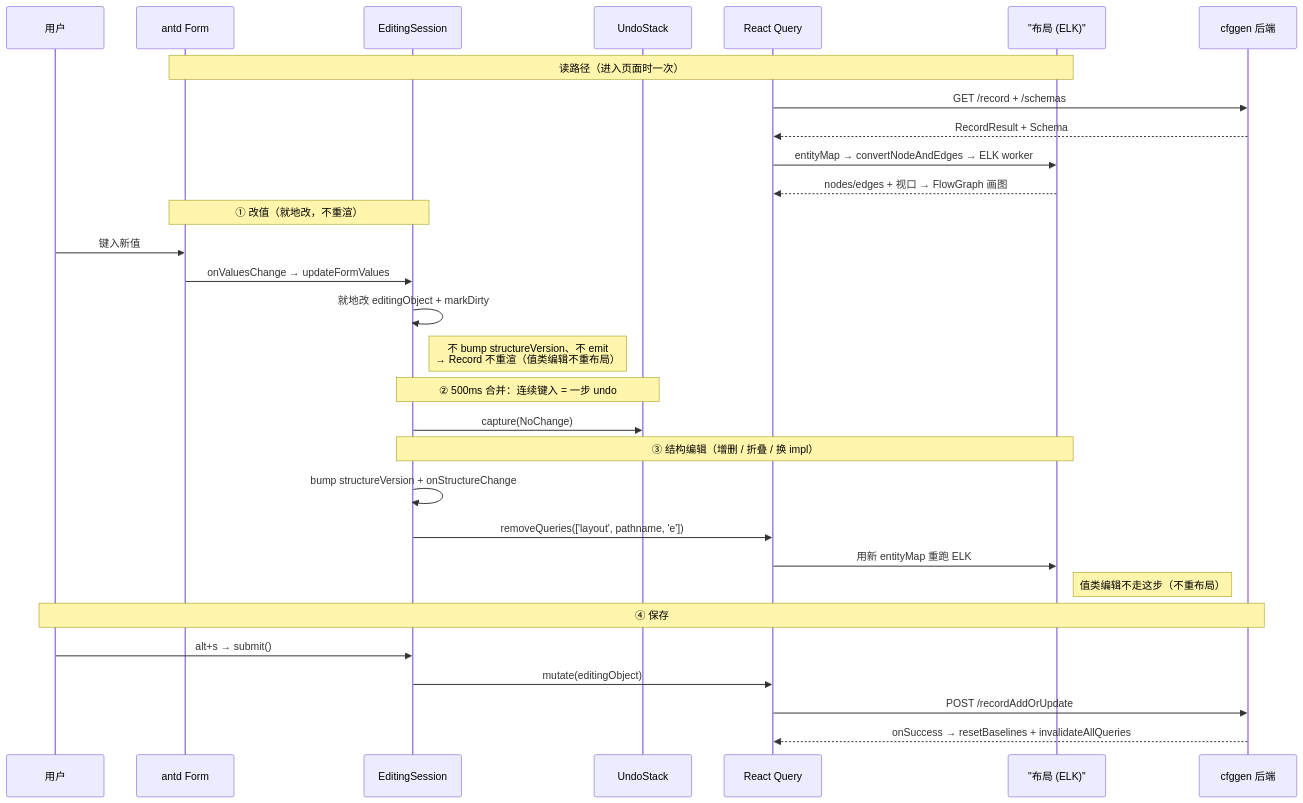
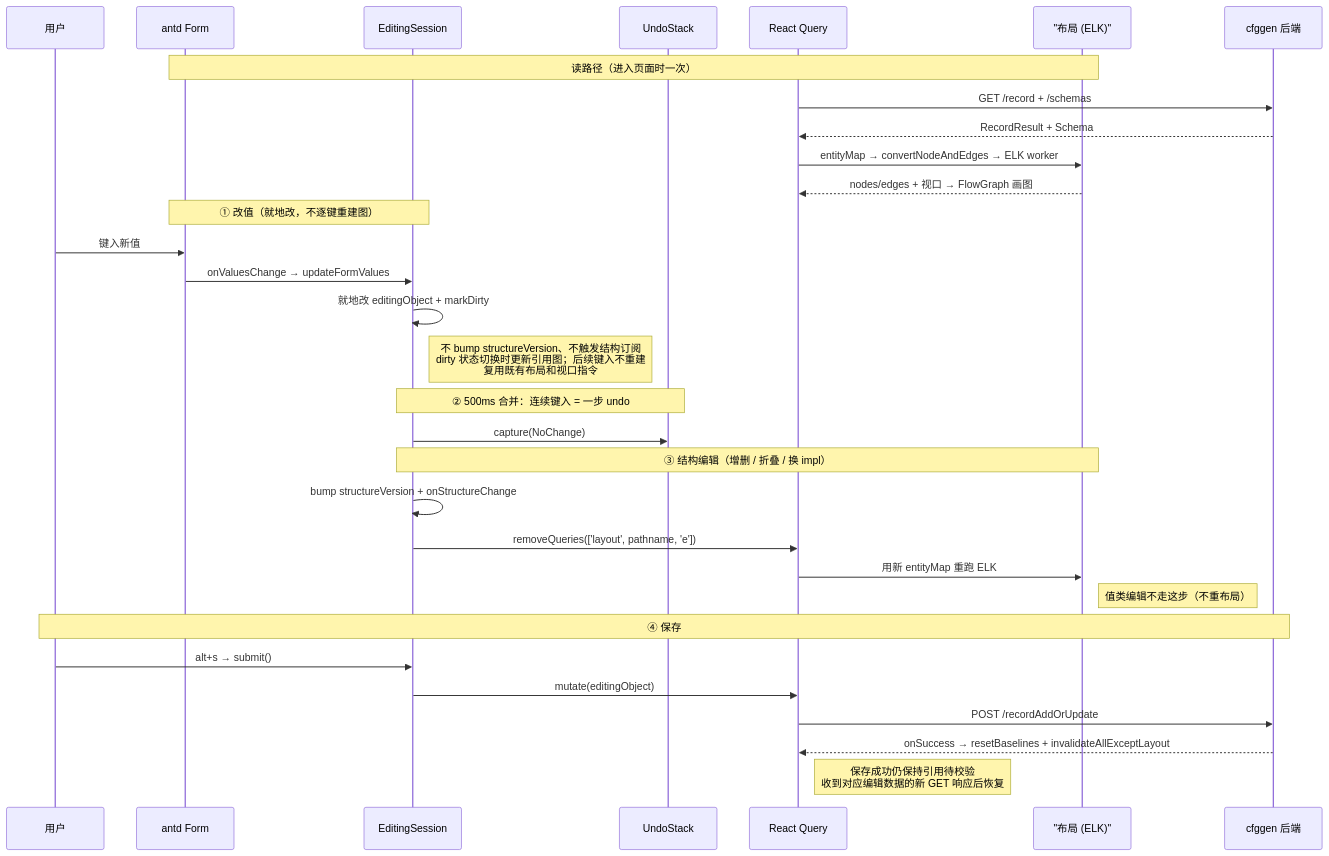
The diagram in cfgeditor/docs/README.md (stallboy/cfggen), drawn with Mermaid before and after one commit. The commit also changed 41 other files, not shown here.

````diff
--- a/cfgeditor/docs/README.md
+++ b/cfgeditor/docs/README.md
@@ -60,37 +60,38 @@
 ```mermaid
 sequenceDiagram
     participant U as 用户
     participant F as antd Form
     participant S as EditingSession
     participant UN as UndoStack
     participant Q as React Query
     participant L as "布局 (ELK)"
     participant B as cfggen 后端
 
     Note over F,L: 读路径（进入页面时一次）
     Q->>B: GET /record + /schemas
     B-->>Q: RecordResult + Schema
     Q->>L: entityMap → convertNodeAndEdges → ELK worker
     L-->>Q: nodes/edges + 视口 → FlowGraph 画图
 
-    Note over F,S: ① 改值（就地改，不重渲）
+    Note over F,S: ① 改值（就地改，不逐键重建图）
     U->>F: 键入新值
     F->>S: onValuesChange → updateFormValues
     S->>S: 就地改 editingObject + markDirty
-    Note right of S: 不 bump structureVersion、不 emit<br/>→ Record 不重渲（值类编辑不重布局）
+    Note right of S: 不 bump structureVersion、不触发结构订阅<br/>dirty 状态切换时更新引用图；后续键入不重建<br/>复用既有布局和视口指令
 
     Note over S,UN: ② 500ms 合并：连续键入 = 一步 undo
     S->>UN: capture(NoChange)
 
     Note over S,L: ③ 结构编辑（增删 / 折叠 / 换 impl）
     S->>S: bump structureVersion + onStructureChange
     S->>Q: removeQueries(['layout', pathname, 'e'])
     Q->>L: 用新 entityMap 重跑 ELK
     Note right of L: 值类编辑不走这步（不重布局）
 
     Note over U,B: ④ 保存
     U->>S: alt+s → submit()
     S->>Q: mutate(editingObject)
     Q->>B: POST /recordAddOrUpdate
-    B-->>Q: onSuccess → resetBaselines + invalidateAllQueries
+    B-->>Q: onSuccess → resetBaselines + invalidateAllExceptLayout
+    Note right of Q: 保存成功仍保持引用待校验<br/>收到对应编辑数据的新 GET 响应后恢复
 ```
````
